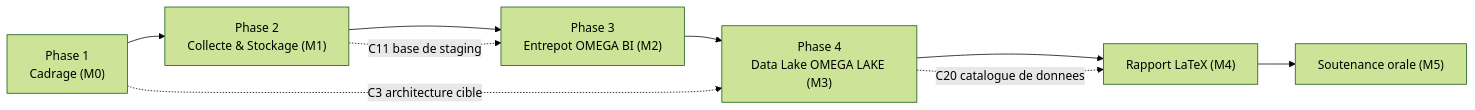
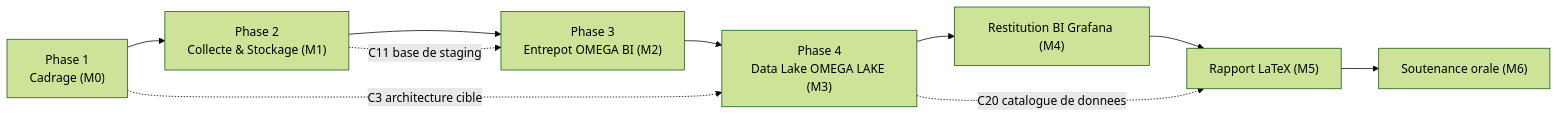
Before and after one commit to alaugier/datacore: the second of 2 diagrams in docs/architecture/feuille_de_route.md, drawn with Mermaid (forest theme). The commit also changed other lines of this file and 2 other files, not shown here.

First line of the commit message:
docs: ajouter le jalon M4 — Restitution BI (Grafana), renuméroter M4/M5 en M5/M6

````diff
--- a/docs/architecture/feuille_de_route.md
+++ b/docs/architecture/feuille_de_route.md
@@ -122,11 +133,12 @@
 ```mermaid
 flowchart LR
     A["Phase 1\nCadrage (M0)"] --> B["Phase 2\nCollecte & Stockage (M1)"]
     B --> C["Phase 3\nEntrepot OMEGA BI (M2)"]
     C --> D["Phase 4\nData Lake OMEGA LAKE (M3)"]
-    D --> E["Rapport LaTeX (M4)"]
-    E --> F["Soutenance orale (M5)"]
+    D --> G["Restitution BI Grafana (M4)"]
+    G --> E["Rapport LaTeX (M5)"]
+    E --> F["Soutenance orale (M6)"]
     A -. "C3 architecture cible" .-> D
     B -. "C11 base de staging" .-> C
     D -. "C20 catalogue de donnees" .-> E
 ```
````
